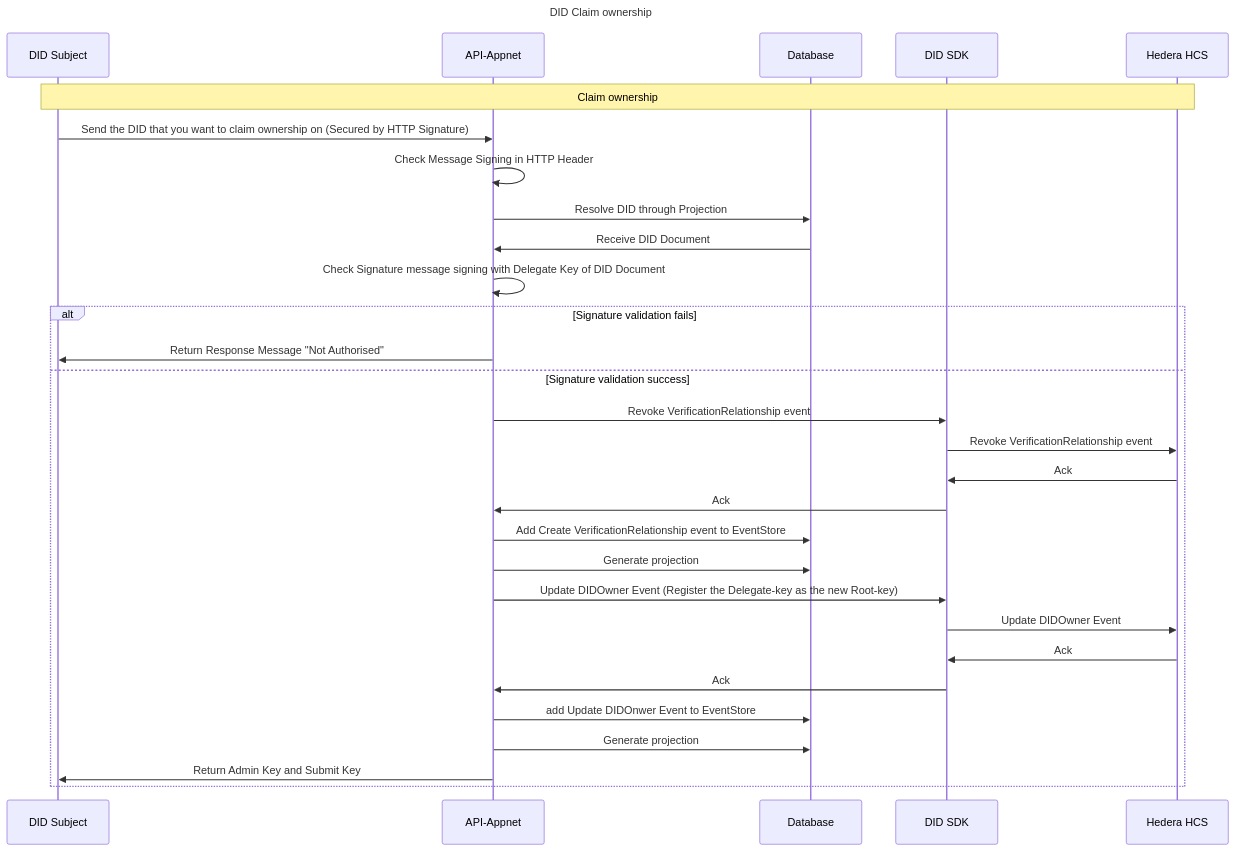
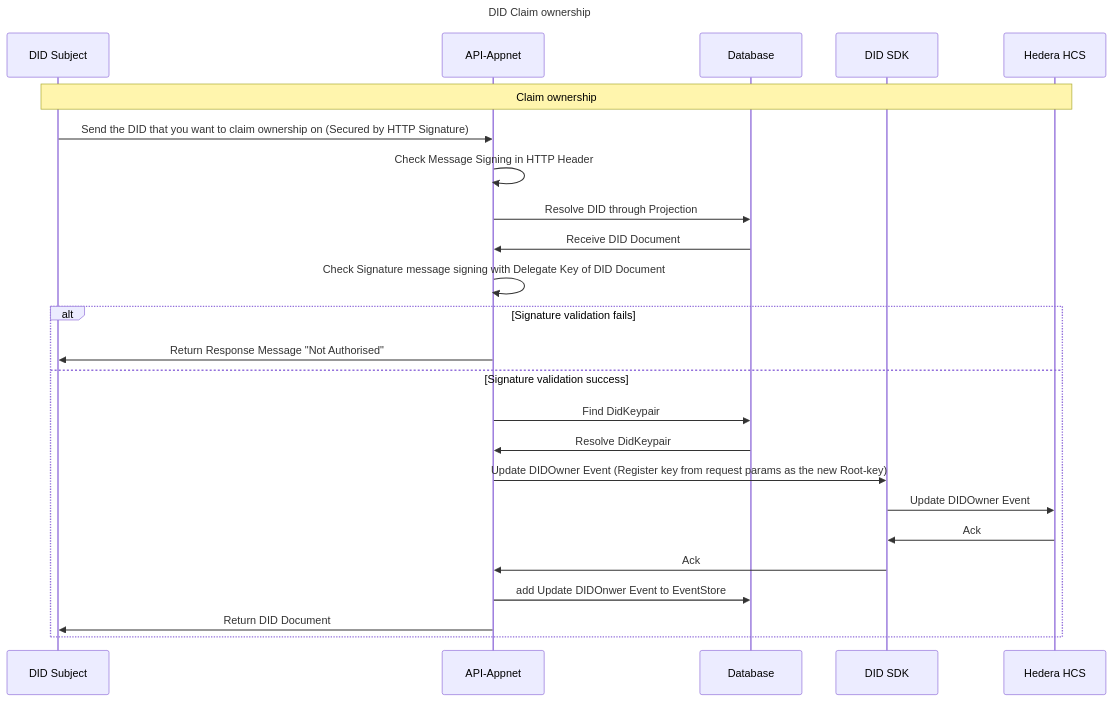
Before and after one commit to Meeco/hedera-did-identity-network: the diagram in documentation/diagrams/did-claim-ownership.mmd, drawn with Mermaid. The commit also changed 7 other files, not shown here.

Commit message:
Diagram updates

```diff
--- a/documentation/diagrams/did-claim-ownership.mmd
+++ b/documentation/diagrams/did-claim-ownership.mmd
@@ -1,32 +1,27 @@
 sequenceDiagram
 Title: DID Claim ownership
 
 participant Subject as DID Subject
 participant API as API-Appnet
 participant Database as Database
 participant DIDSDK as DID SDK
 participant HCS as Hedera HCS
 
 note over Subject,HCS: Claim ownership
 Subject ->> API: Send the DID that you want to claim ownership on (Secured by HTTP Signature)
 API ->> API: Check Message Signing in HTTP Header
 API ->> Database: Resolve DID through Projection
 Database ->> API: Receive DID Document
 API ->> API: Check Signature message signing with Delegate Key of DID Document
 alt Signature validation fails
 API ->> Subject: Return Response Message "Not Authorised"
 else Signature validation success
-API ->> DIDSDK: Revoke VerificationRelationship event
-DIDSDK ->> HCS: Revoke VerificationRelationship event
-HCS ->> DIDSDK: Ack
-DIDSDK ->> API: Ack
-API ->> Database: Add Create VerificationRelationship event to EventStore
-API ->> Database: Generate projection
-API ->> DIDSDK:  Update DIDOwner Event  (Register the Delegate-key as the new Root-key)
+API ->> Database: Find DidKeypair
+Database ->> API: Resolve DidKeypair
+API ->> DIDSDK:  Update DIDOwner Event  (Register key from request params as the new Root-key)
 DIDSDK ->> HCS:  Update DIDOwner Event
 HCS ->> DIDSDK: Ack
 DIDSDK ->> API: Ack
-API ->> Database: add Update DIDOnwer Event  to EventStore
-API ->> Database: Generate projection
-API ->> Subject: Return Admin Key and Submit Key
+API ->> Database: add Update DIDOnwer Event to EventStore
+API ->> Subject: Return DID Document
 end
```
